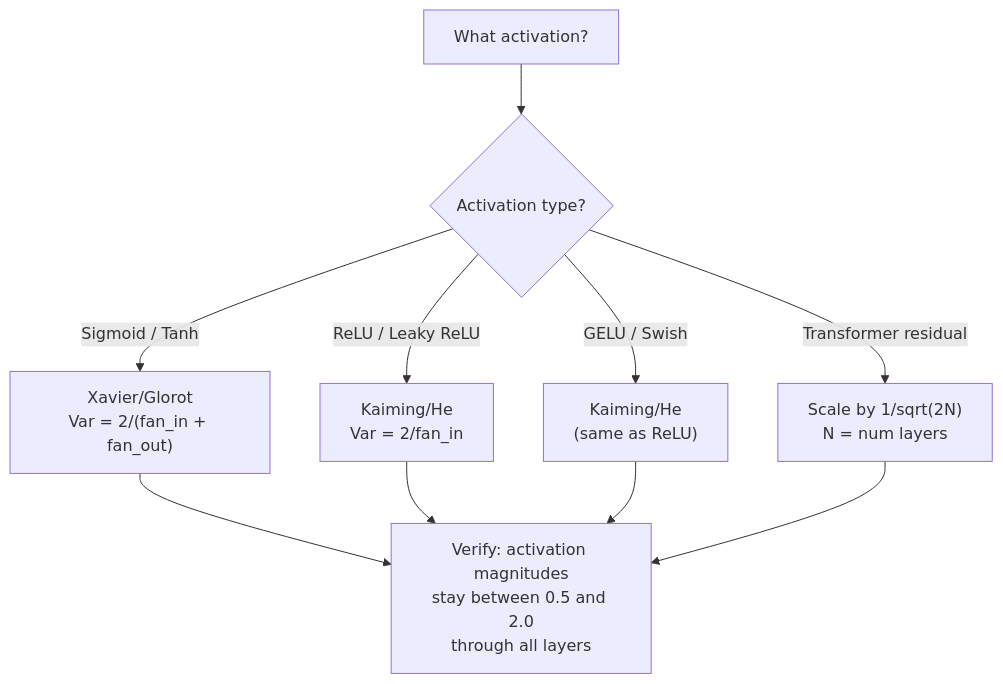
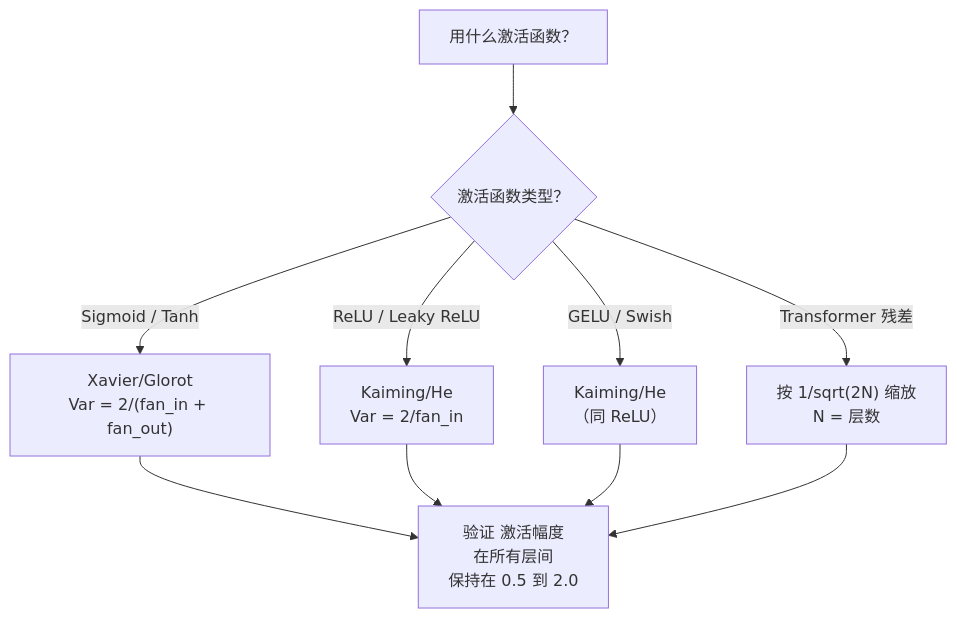
Before and after one commit to JerryC8080/ai-engineering-from-scratch-zh: the third of 3 diagrams in phases/03-deep-learning-core/08-weight-initialization/docs/zh.md, drawn with Mermaid. The commit also changed other lines of this file and 156 other files, not shown here.

First line of the commit message:
i18n(zh): translate mermaid diagram labels in 157 lesson zh.md

````diff
--- a/phases/03-deep-learning-core/08-weight-initialization/docs/zh.md
+++ b/phases/03-deep-learning-core/08-weight-initialization/docs/zh.md
@@ -151,14 +151,14 @@
 ```mermaid
 flowchart TD
-    Start["What activation?"] --> Act{"Activation type?"}
+    Start["用什么激活函数？"] --> Act{"激活函数类型？"}
 
     Act -->|"Sigmoid / Tanh"| Xavier["Xavier/Glorot<br/>Var = 2/(fan_in + fan_out)"]
     Act -->|"ReLU / Leaky ReLU"| Kaiming["Kaiming/He<br/>Var = 2/fan_in"]
-    Act -->|"GELU / Swish"| Kaiming2["Kaiming/He<br/>(same as ReLU)"]
-    Act -->|"Transformer residual"| GPT["Scale by 1/sqrt(2N)<br/>N = num layers"]
+    Act -->|"GELU / Swish"| Kaiming2["Kaiming/He<br/>（同 ReLU）"]
+    Act -->|"Transformer 残差"| GPT["按 1/sqrt(2N) 缩放<br/>N = 层数"]
 
-    Xavier --> Check["Verify: activation magnitudes<br/>stay between 0.5 and 2.0<br/>through all layers"]
+    Xavier --> Check["验证 激活幅度<br/>在所有层间<br/>保持在 0.5 到 2.0"]
     Kaiming --> Check
     Kaiming2 --> Check
     GPT --> Check
 ```
````
